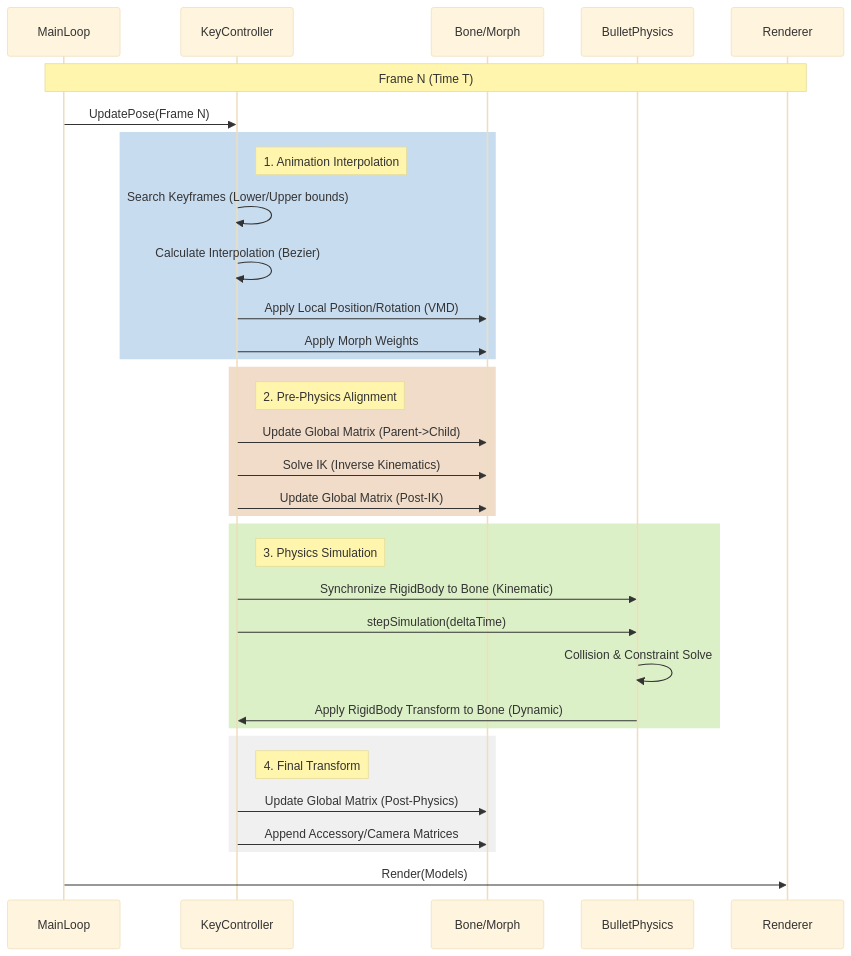
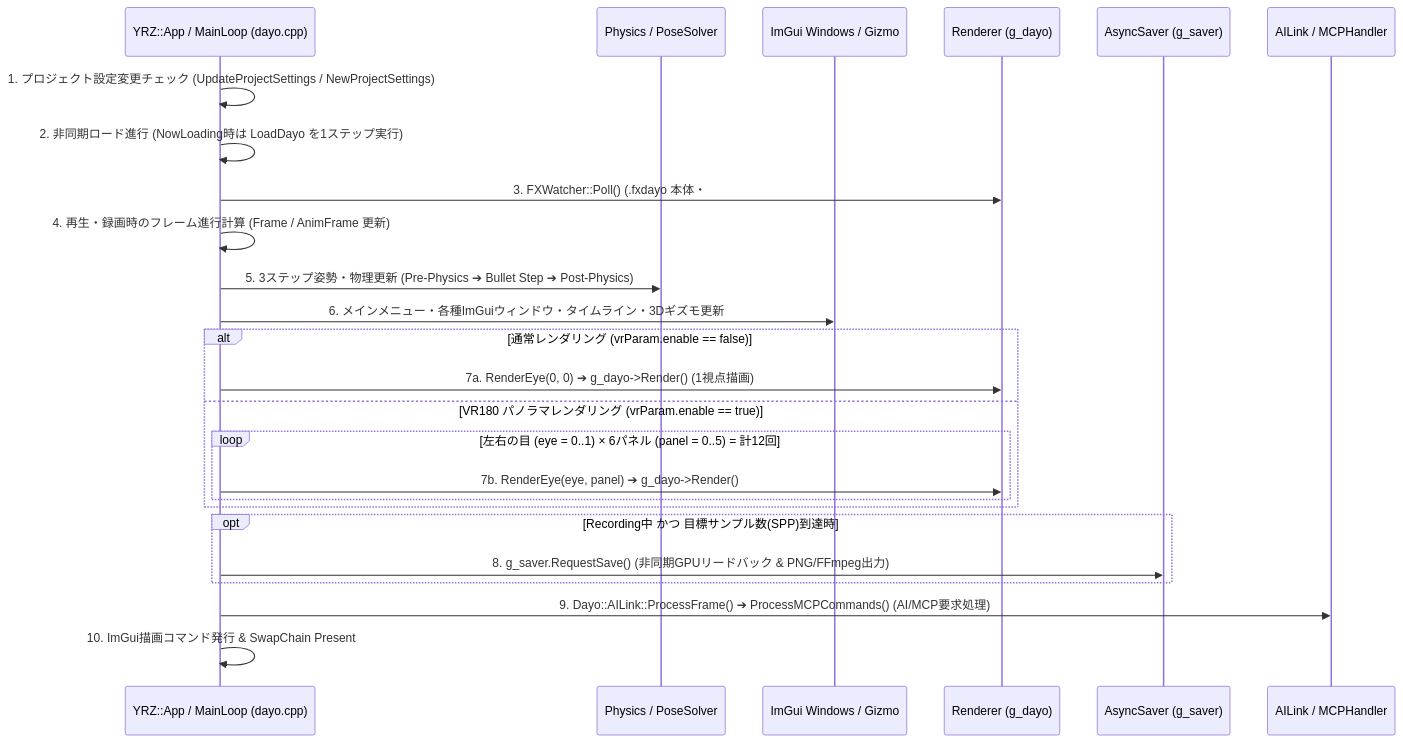
Before and after one commit to catnip-touhou/MikuMikuDayo: the third of 8 diagrams in docs/アーキテクチャ設計_Part3_State Transition & Execution Flow.md, drawn with Mermaid. The commit also changed other lines of this file and 2 other files, not shown here.

````diff
--- a/docs/アーキテクチャ設計_Part3_State Transition & Execution Flow.md
+++ b/docs/アーキテクチャ設計_Part3_State Transition & Execution Flow.md
@@ -84,47 +74,28 @@
 ```mermaid
-%%{init: {
-  'theme': 'base'
-}}%%
 sequenceDiagram
-    participant App as MainLoop
-    participant KC as KeyController
-    participant Bone as Bone/Morph
-    participant Phys as BulletPhysics
-    participant Ren as Renderer
+    participant App as YRZ::App / MainLoop (dayo.cpp)
+    participant Phys as Physics / PoseSolver
+    participant UI as ImGui Windows / Gizmo
+    participant Ren as Renderer (g_dayo)
+    participant Saver as AsyncSaver (g_saver)
+    participant MCP as AILink / MCPHandler
 
-    Note over App, Ren: Frame N (Time T)
-
-    App->>KC: UpdatePose(Frame N)
-
-    rect rgb(200, 220, 240)
-        Note right of KC: 1. Animation Interpolation
-        KC->>KC: Search Keyframes (Lower/Upper bounds)
-        KC->>KC: Calculate Interpolation (Bezier)
-        KC->>Bone: Apply Local Position/Rotation (VMD)
-        KC->>Bone: Apply Morph Weights
+    App->>App: 1. プロジェクト設定変更チェック (UpdateProjectSettings / NewProjectSettings)
+    App->>App: 2. 非同期ロード進行 (NowLoading時は LoadDayo を1ステップ実行)
+    App->>Ren: 3. FXWatcher::Poll() (.fxdayo 本体・#include依存 .deps のホットリロード監視)
+    App->>App: 4. 再生・録画時のフレーム進行計算 (Frame / AnimFrame 更新)
+    App->>Phys: 5. 3ステップ姿勢・物理更新 (Pre-Physics ➔ Bullet Step ➔ Post-Physics)
+    App->>UI: 6. メインメニュー・各種ImGuiウィンドウ・タイムライン・3Dギズモ更新
+    alt 通常レンダリング (vrParam.enable == false)
+        App->>Ren: 7a. RenderEye(0, 0) ➔ g_dayo->Render() (1視点描画)
+    else VR180 パノラマレンダリング (vrParam.enable == true)
+        loop 左右の目 (eye = 0..1) × 6パネル (panel = 0..5) = 計12回
+            App->>Ren: 7b. RenderEye(eye, panel) ➔ g_dayo->Render()
+        end
     end
-
-    rect rgb(240, 220, 200)
-        Note right of KC: 2. Pre-Physics Alignment
-        KC->>Bone: Update Global Matrix (Parent->Child)
-        KC->>Bone: Solve IK (Inverse Kinematics)
-        KC->>Bone: Update Global Matrix (Post-IK)
+    opt Recording中 かつ 目標サンプル数(SPP)到達時
+        App->>Saver: 8. g_saver.RequestSave() (非同期GPUリードバック & PNG/FFmpeg出力)
     end
-
-    rect rgb(220, 240, 200)
-        Note right of KC: 3. Physics Simulation
-        KC->>Phys: Synchronize RigidBody to Bone (Kinematic)
-        KC->>Phys: stepSimulation(deltaTime)
-        Phys->>Phys: Collision & Constraint Solve
-        Phys->>KC: Apply RigidBody Transform to Bone (Dynamic)
-    end
-
-    rect rgb(240, 240, 240)
-        Note right of KC: 4. Final Transform
-        KC->>Bone: Update Global Matrix (Post-Physics)
-        KC->>Bone: Append Accessory/Camera Matrices
-    end
-
-    App->>Ren: Render(Models)
-
+    App->>MCP: 9. Dayo::AILink::ProcessFrame() ➔ ProcessMCPCommands() (AI/MCP要求処理)
+    App->>App: 10. ImGui描画コマンド発行 & SwapChain Present
 ```
````
